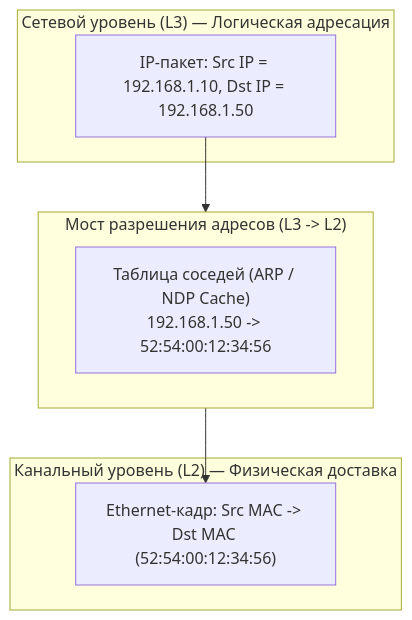
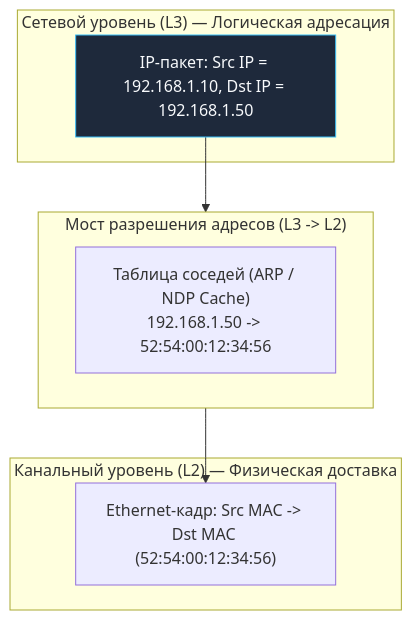
One commit to UnrealTemplier/go-textbook changed the first of 5 diagrams in sources/3. Компьютерные сети и сетевой стек/5. ARP, Neighbor Discovery и поиск узла в локальной сети.md. Above: the diagram before and after it, drawn with Mermaid. The commit also changed other lines of this file and 1666 other files, not shown here.

First line of the commit message:
feat(mermaid): add semantic color classDef to 1369 colorless flowchart/graph diagrams

````diff
--- a/sources/3. Компьютерные сети и сетевой стек/5. ARP, Neighbor Discovery и поиск узла в локальной сети.md
+++ b/sources/3. Компьютерные сети и сетевой стек/5. ARP, Neighbor Discovery и поиск узла в локальной сети.md
@@ -22,17 +22,27 @@
 ```mermaid
 flowchart TD
+    classDef process  fill:#1e293b,stroke:#38bdf8,stroke-width:1px,color:#f8fafc
+    classDef success  fill:#064e3b,stroke:#34d399,stroke-width:1px,color:#f8fafc
+    classDef error    fill:#7f1d1d,stroke:#f87171,stroke-width:1px,color:#f8fafc
+    classDef warning  fill:#78350f,stroke:#fbbf24,stroke-width:1px,color:#f8fafc
+    classDef entry    fill:#1e3a5f,stroke:#38bdf8,stroke-width:2px,color:#f8fafc
+    classDef aux      fill:#334155,stroke:#64748b,stroke-width:1px,color:#f8fafc
+    classDef system   fill:#312e81,stroke:#a78bfa,stroke-width:1px,color:#f8fafc
+    classDef data     fill:#132d29,stroke:#2dd4bf,stroke-width:1px,color:#f8fafc
+    classDef network  fill:#881337,stroke:#fb7185,stroke-width:1px,color:#f8fafc
+    classDef accent   fill:#1e1b4b,stroke:#818cf8,stroke-width:1px,color:#f8fafc
     subgraph L3 ["Сетевой уровень (L3) — Логическая адресация"]
-        IP_Pkt["IP-пакет: Src IP = 192.168.1.10, Dst IP = 192.168.1.50"]
+        IP_Pkt["IP-пакет: Src IP = 192.168.1.10, Dst IP = 192.168.1.50"]:::process
     end
 
     subgraph Translation ["Мост разрешения адресов (L3 -> L2)"]
         Cache["Таблица соседей (ARP / NDP Cache)<br/>192.168.1.50 -> 52:54:00:12:34:56"]
     end
 
     subgraph L2 ["Канальный уровень (L2) — Физическая доставка"]
         Eth_Frame["Ethernet-кадр: Src MAC -> Dst MAC (52:54:00:12:34:56)"]
     end
 
     IP_Pkt --> Translation
     Translation --> Eth_Frame
 ```
````
